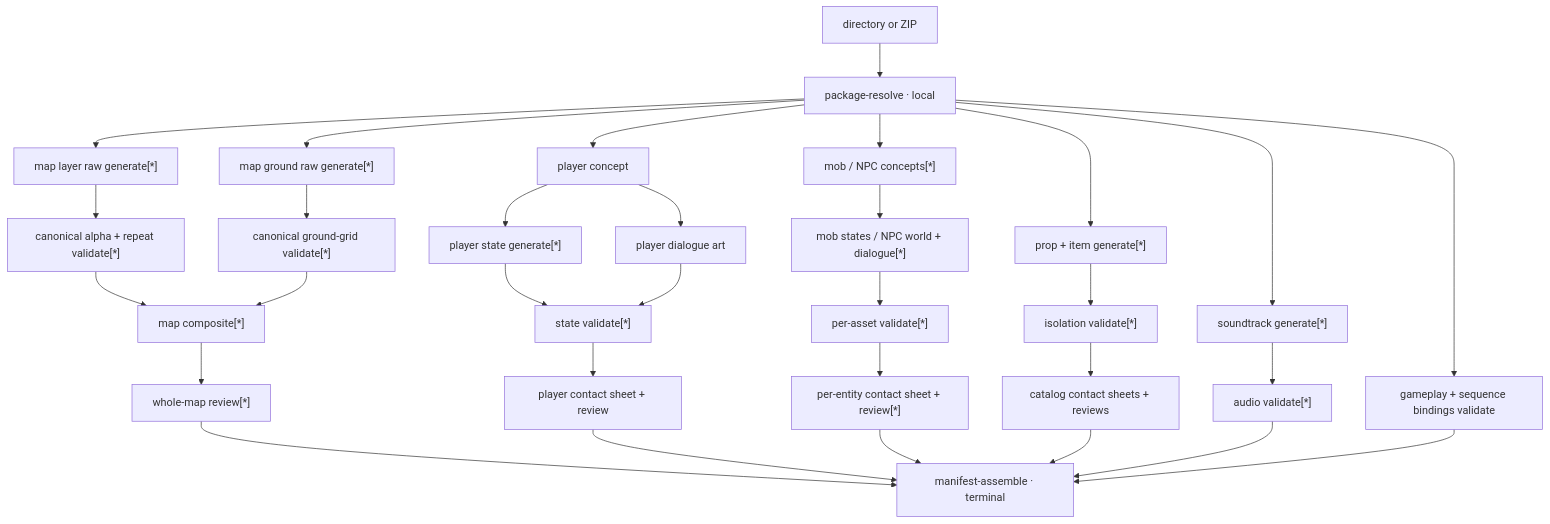
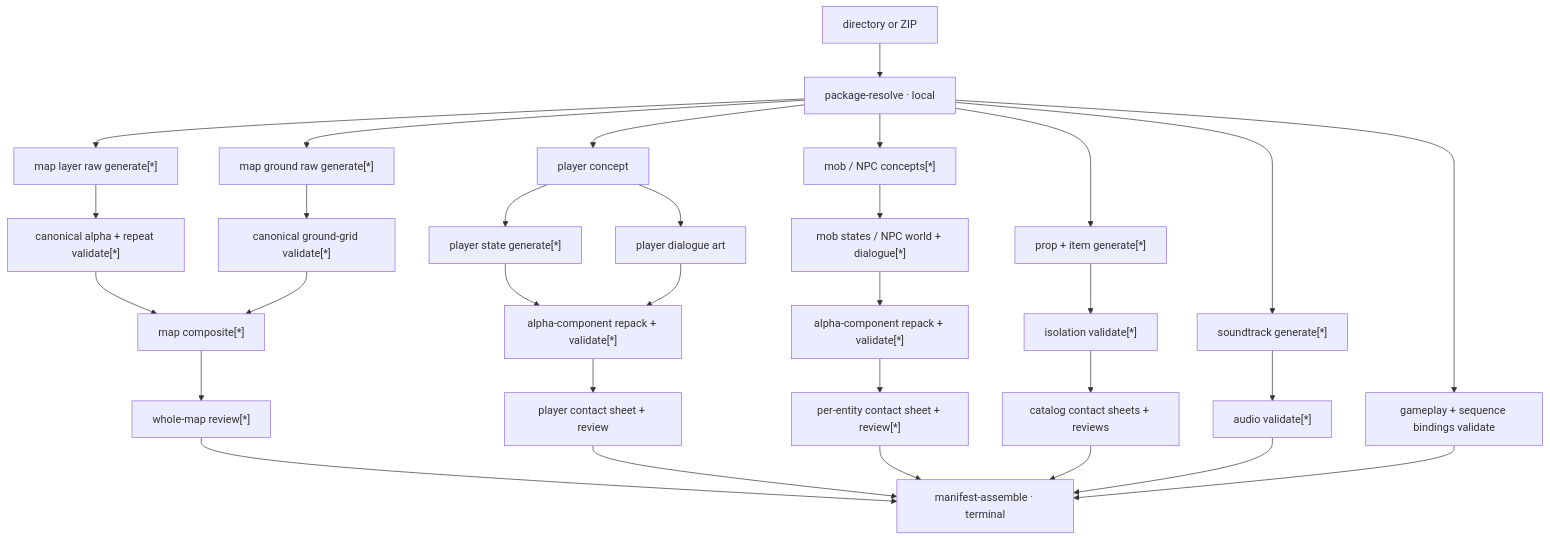
The diagram in docs/spec/game/generation-pipeline.md (softmarshmallow/stage-gen), drawn with Mermaid before and after one commit. The commit also changed other lines of this file and 14 other files, not shown here.

Commit message:
Promote alpha component sprite repacking

````diff
--- a/docs/spec/game/generation-pipeline.md
+++ b/docs/spec/game/generation-pipeline.md
@@ -39,39 +39,39 @@
 ```mermaid
 flowchart TD
     PKG["directory or ZIP"] --> PR["package-resolve · local"]
 
     PR --> ML["map layer raw generate[*]"]
     PR --> MG["map ground raw generate[*]"]
     ML --> MLV["canonical alpha + repeat validate[*]"]
     MG --> MGV["canonical ground-grid validate[*]"]
     MLV --> MC["map composite[*]"]
     MGV --> MC
     MC --> MR["whole-map review[*]"]
 
     PR --> PC["player concept"]
     PC --> PS["player state generate[*]"]
     PC --> PD["player dialogue art"]
-    PS --> PV["state validate[*]"]
+    PS --> PV["alpha-component repack + validate[*]"]
     PD --> PV
     PV --> PCR["player contact sheet + review"]
 
     PR --> XC["mob / NPC concepts[*]"]
     XC --> XS["mob states / NPC world + dialogue[*]"]
-    XS --> XV["per-asset validate[*]"]
+    XS --> XV["alpha-component repack + validate[*]"]
     XV --> XR["per-entity contact sheet + review[*]"]
 
     PR --> PI["prop + item generate[*]"]
     PI --> PIV["isolation validate[*]"]
     PIV --> PIR["catalog contact sheets + reviews"]
 
     PR --> ST["soundtrack generate[*]"]
     ST --> STV["audio validate[*]"]
     PR --> GB["gameplay + sequence bindings validate"]
 
     MR --> MF["manifest-assemble · terminal"]
     PCR --> MF
     XR --> MF
     PIR --> MF
     STV --> MF
     GB --> MF
 ```
````
